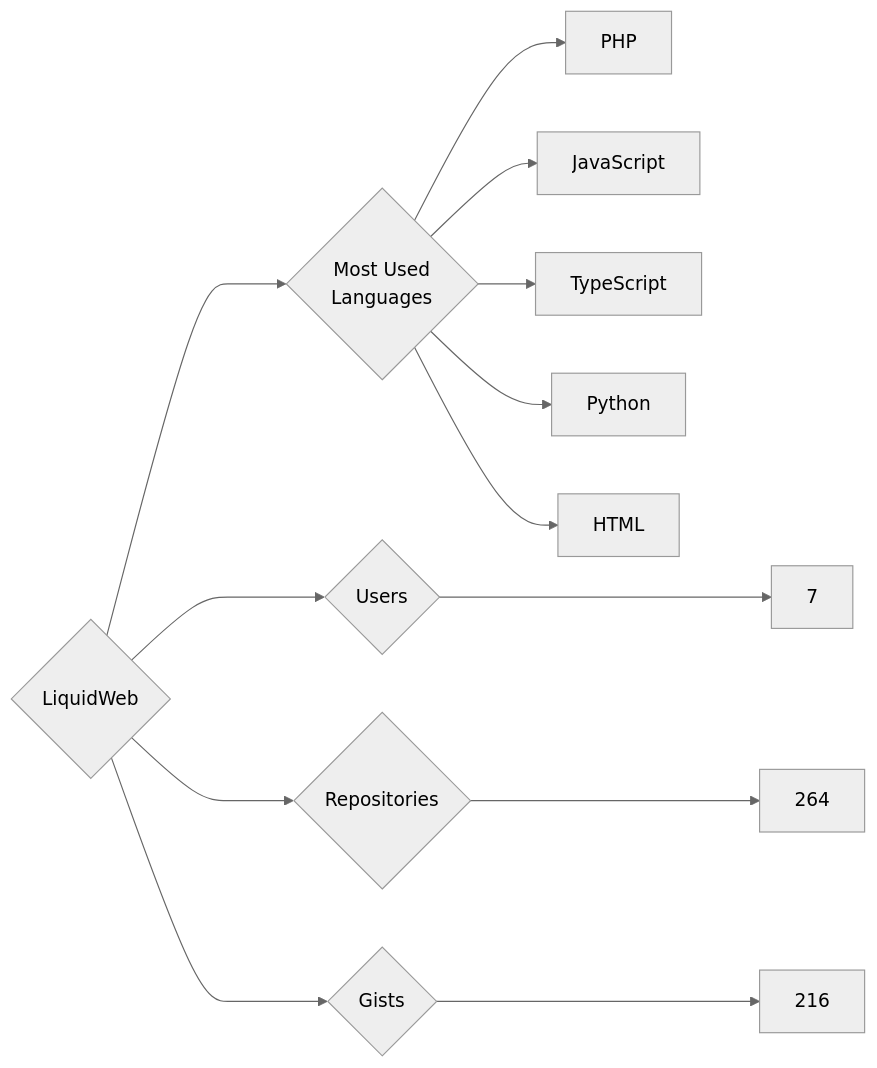
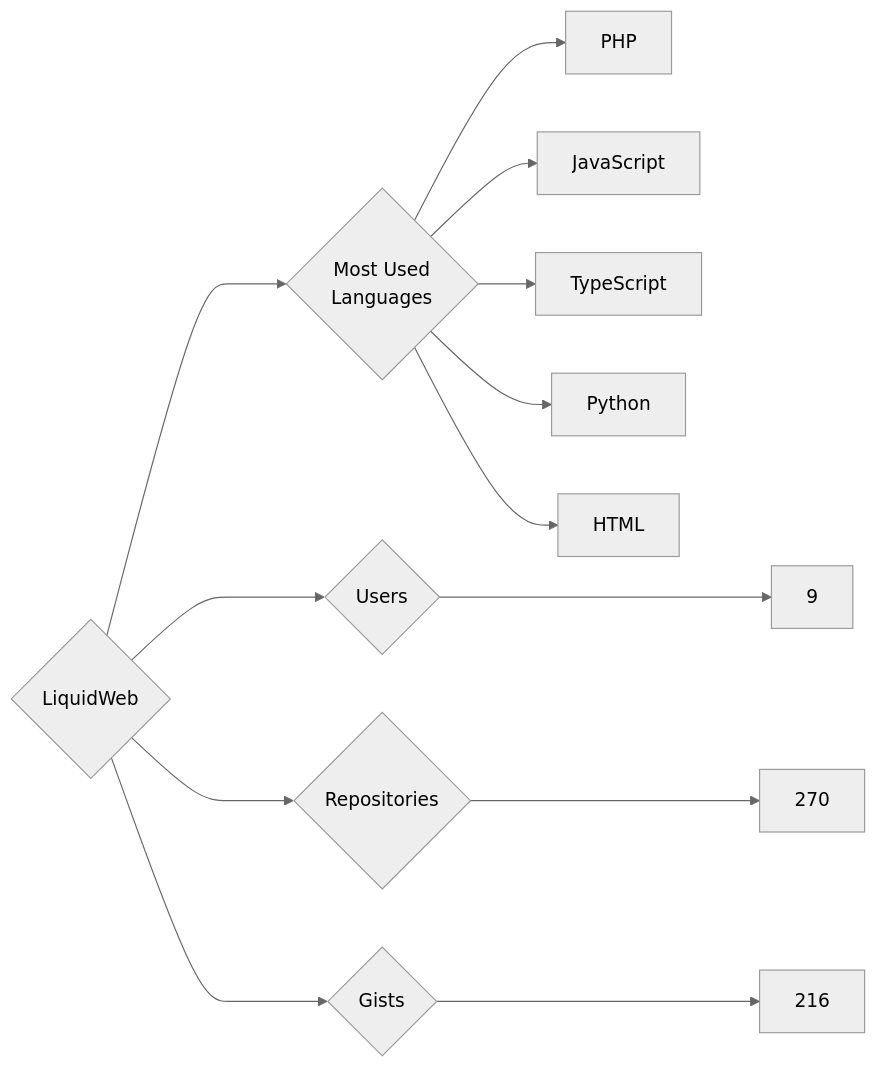
The diagram in targets/LiquidWeb/README.md (trickest/insiders), drawn with Mermaid (neutral theme) before and after one commit. The commit also changed 569 other files, not shown here.

````diff
--- a/targets/LiquidWeb/README.md
+++ b/targets/LiquidWeb/README.md
@@ -3,13 +3,13 @@
 ```mermaid
 graph LR
 COMPANY_NAME{LiquidWeb}
-COMPANY_NAME ---> U{Users} ---> UN[7]
-COMPANY_NAME ---> R{Repositories} ---> RN[264]
+COMPANY_NAME ---> U{Users} ---> UN[9]
+COMPANY_NAME ---> R{Repositories} ---> RN[270]
 COMPANY_NAME ---> G{Gists} ---> GN[216]
 COMPANY_NAME ---> ML{Most Used<br>Languages}
 ML --> PHP[PHP]
 ML --> JavaScript[JavaScript]
 ML --> TypeScript[TypeScript]
 ML --> Python[Python]
 ML --> HTML[HTML]
 ```
````
